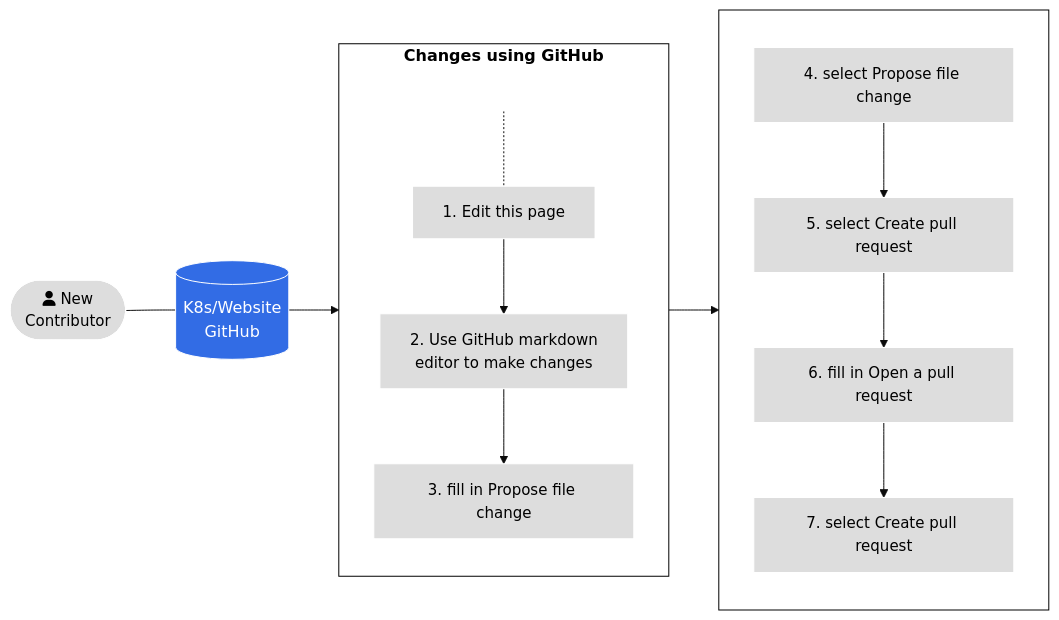
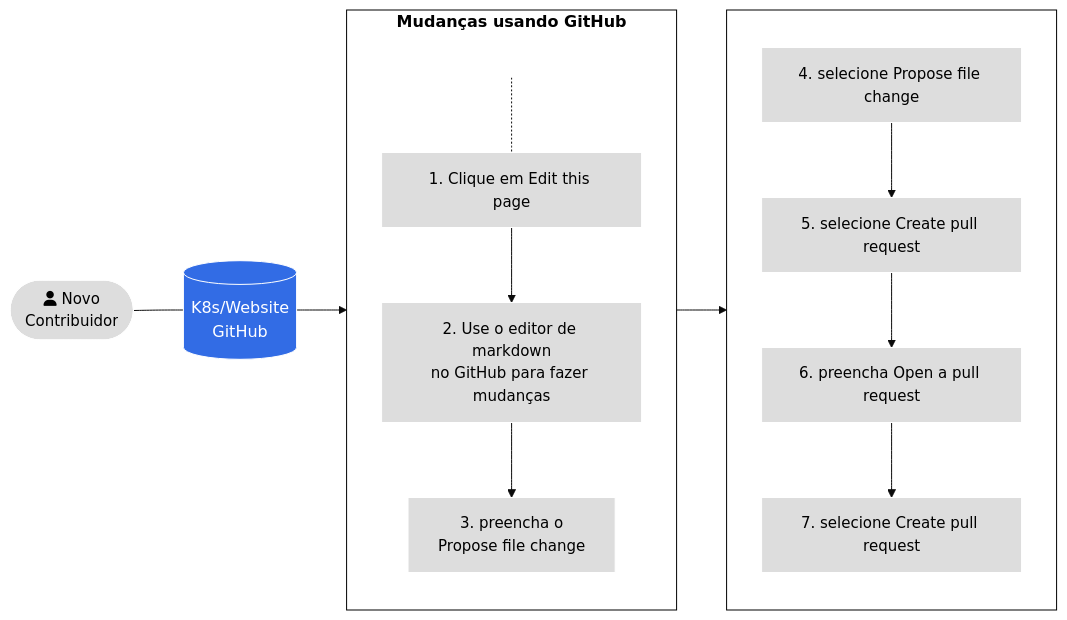
Before and after one commit to juliafmorgado/website: the first of 3 diagrams in content/pt-br/docs/contribute/new-content/open-a-pr.md, drawn with Mermaid (base theme). The commit also changed other lines of this file, not shown here.

```diff
--- a/content/pt-br/docs/contribute/new-content/open-a-pr.md
+++ b/content/pt-br/docs/contribute/new-content/open-a-pr.md
@@ -38,27 +38,27 @@
 {{< mermaid >}}
 flowchart LR
-A([fa:fa-user New<br>Contributor]) --- id1[(K8s/Website<br>GitHub)]
-subgraph tasks[Changes using GitHub]
+A([fa:fa-user Novo<br>Contribuidor]) --- id1[(K8s/Website<br>GitHub)]
+subgraph tasks[Mudanças usando GitHub]
 direction TB
     0[ ] -.-
-    1[1. Edit this page] --> 2[2. Use GitHub markdown<br>editor to make changes]
-    2 --> 3[3. fill in Propose file change]
+    1[1. Clique em Edit this page] --> 2[2. Use o editor de markdown<br>no GitHub para fazer mudanças]
+    2 --> 3[3. preencha o <br> Propose file change]
 
 end
 subgraph tasks2[ ]
 direction TB
-4[4. select Propose file change] --> 5[5. select Create pull request] --> 6[6. fill in Open a pull request]
-6 --> 7[7. select Create pull request] 
+4[4. selecione Propose file change] --> 5[5. selecione Create pull request] --> 6[6. preencha Open a pull request]
+6 --> 7[7. selecione Create pull request] 
 end
 
 id1 --> tasks --> tasks2
 
 classDef grey fill:#dddddd,stroke:#ffffff,stroke-width:px,color:#000000, font-size:15px;
 classDef white fill:#ffffff,stroke:#000,stroke-width:px,color:#000,font-weight:bold
 classDef k8s fill:#326ce5,stroke:#fff,stroke-width:1px,color:#fff;
 classDef spacewhite fill:#ffffff,stroke:#fff,stroke-width:0px,color:#000
 class A,1,2,3,4,5,6,7 grey
 class 0 spacewhite
 class tasks,tasks2 white
 class id1 k8s
 {{</ mermaid >}}
```
